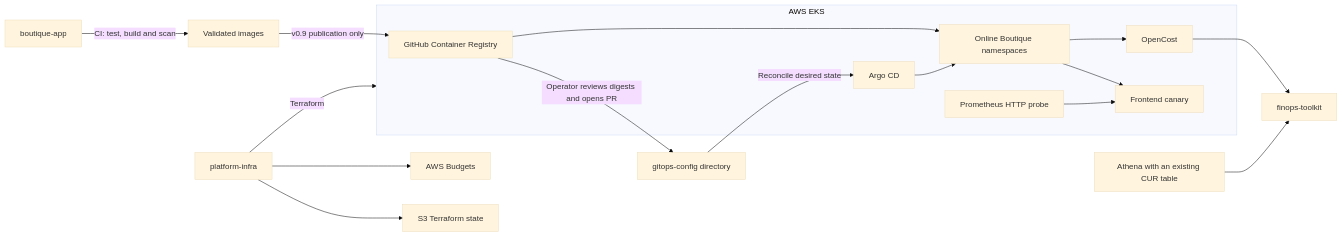
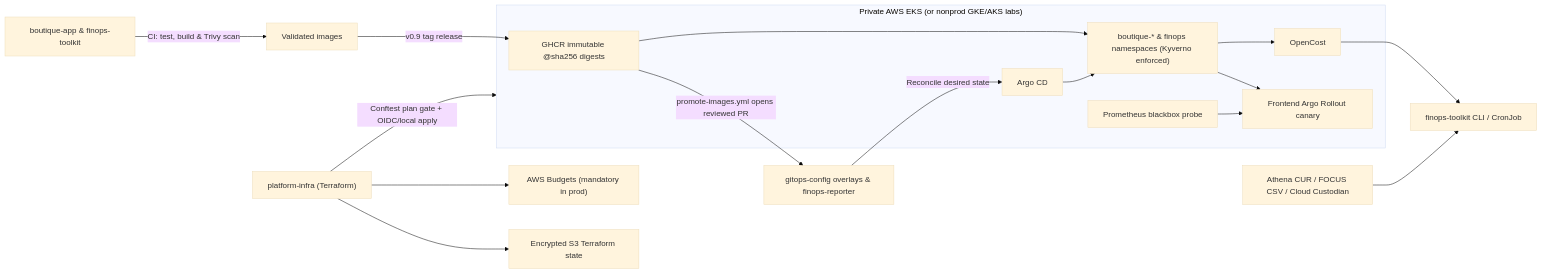
Before and after one commit to workwithcrow12-art/cost-aware-gitops-platform: the diagram in .github/docs/architecture/overview.md, drawn with Mermaid (base theme). The commit also changed other lines of this file and 18 other files, not shown here.

````diff
--- a/.github/docs/architecture/overview.md
+++ b/.github/docs/architecture/overview.md
@@ -3,19 +3,19 @@
 ```mermaid
 flowchart LR
-    App["boutique-app"] -->|CI: test, build and scan| CI["Validated images"]
-    CI -->|v0.9 publication only| GHCR["GitHub Container Registry"]
-    GHCR -->|Operator reviews digests and opens PR| Config["gitops-config directory"]
-    Infra["platform-infra"] -->|Terraform| EKS
-    Infra --> State["S3 Terraform state"]
-    Infra --> Budget["AWS Budgets"]
+    App["boutique-app & finops-toolkit"] -->|CI: test, build & Trivy scan| CI["Validated images"]
+    CI -->|v0.9 tag release| GHCR["GHCR immutable @sha256 digests"]
+    GHCR -->|promote-images.yml opens reviewed PR| Config["gitops-config overlays & finops-reporter"]
+    Infra["platform-infra (Terraform)"] -->|Conftest plan gate + OIDC/local apply| EKS
+    Infra --> State["Encrypted S3 Terraform state"]
+    Infra --> Budget["AWS Budgets (mandatory in prod)"]
     Config -->|Reconcile desired state| Argo["Argo CD"]
-    subgraph EKS["AWS EKS"]
-        Argo --> Boutique["Online Boutique namespaces"]
+    subgraph EKS["Private AWS EKS (or nonprod GKE/AKS labs)"]
+        Argo --> Boutique["boutique-* & finops namespaces (Kyverno enforced)"]
         GHCR --> Boutique
-        Boutique --> Rollouts["Frontend canary"]
-        Prometheus["Prometheus HTTP probe"] --> Rollouts
+        Boutique --> Rollouts["Frontend Argo Rollout canary"]
+        Prometheus["Prometheus blackbox probe"] --> Rollouts
         Boutique --> OpenCost
     end
-    OpenCost --> Report["finops-toolkit"]
-    Athena["Athena with an existing CUR table"] --> Report
+    OpenCost --> Report["finops-toolkit CLI / CronJob"]
+    Athena["Athena CUR / FOCUS CSV / Cloud Custodian"] --> Report
 ```
````
